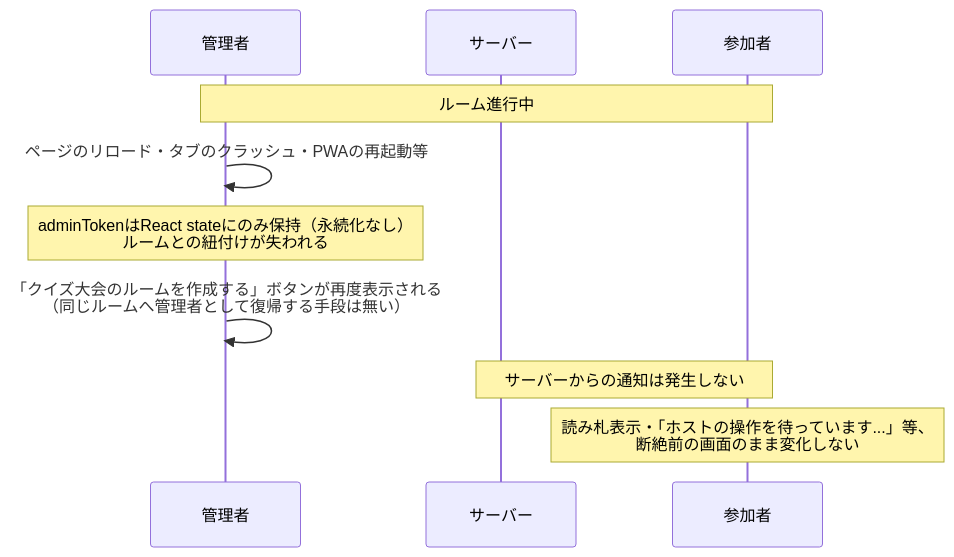
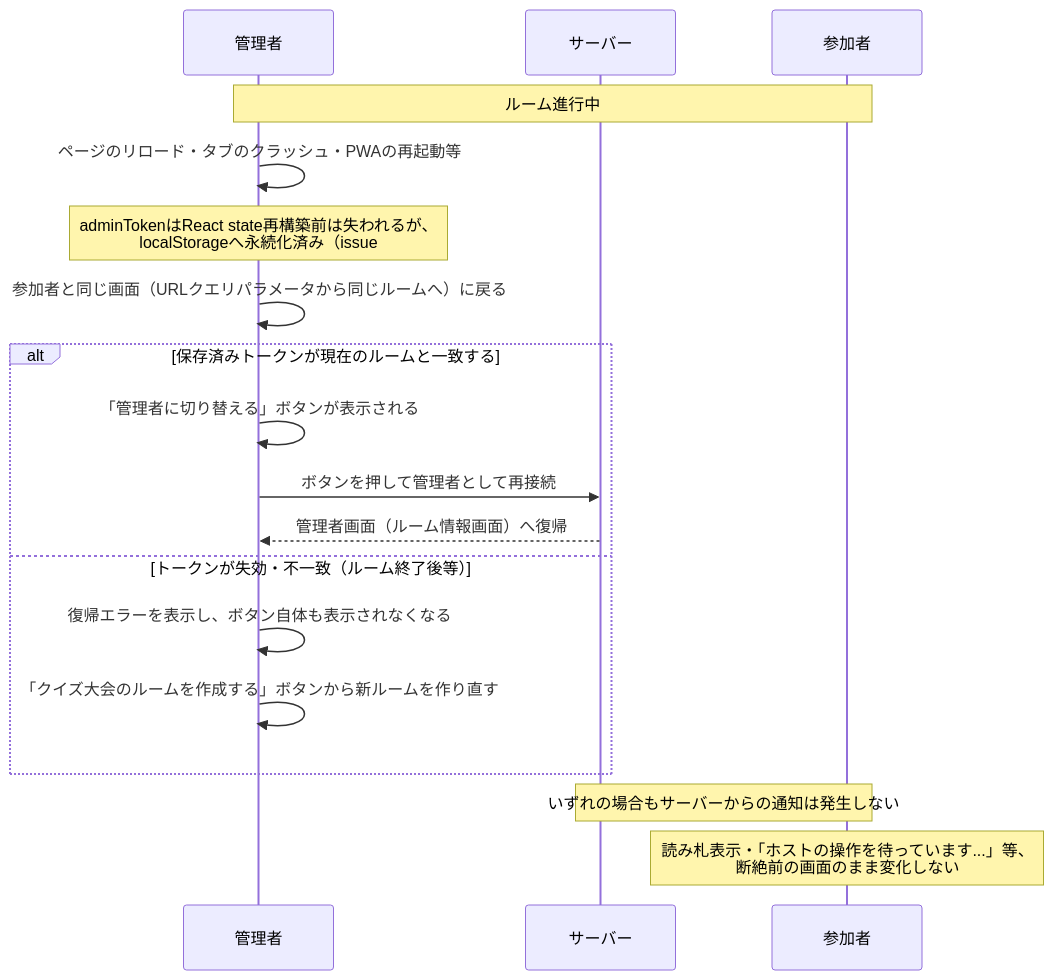
Before and after one commit to bamiyanapp/karuta: the second of 2 diagrams in docs/quiz-room-operations.md, drawn with Mermaid. The commit also changed other lines of this file, not shown here.

Commit message:
docs(quiz-room): 管理者セッション断の説明を現状の挙動に合わせて修正する
mermaid化の過程で、issue #697（管理者セッション復帰）の実装前の
古い記述（「同じルームへ管理者として復帰する手段は無い」）が
そのまま残っていたことに気づいた。現在はadminTokenがlocalStorageへ
永続化され、「管理者に切り替える」ボタンから同じルームへ復帰できる。
この正確な挙動へ記述を更新する。

テスト:
- textlintでエラー0件を確認

Claude-Session: https://claude.ai/code/session_01Ub4mHTcNX1tEvrR1fXXgdX

````diff
--- a/docs/quiz-room-operations.md
+++ b/docs/quiz-room-operations.md
@@ -39,13 +39,21 @@
 ```mermaid
 sequenceDiagram
     participant Admin as 管理者
     participant Server as サーバー
     participant Player as 参加者
 
     Note over Admin,Player: ルーム進行中
     Admin->>Admin: ページのリロード・タブのクラッシュ・PWAの再起動等
-    Note over Admin: adminTokenはReact stateにのみ保持（永続化なし）<br/>ルームとの紐付けが失われる
-    Admin->>Admin: 「クイズ大会のルームを作成する」ボタンが再度表示される<br/>（同じルームへ管理者として復帰する手段は無い）
-    Note over Server,Player: サーバーからの通知は発生しない
+    Note over Admin: adminTokenはReact state再構築前は失われるが、<br/>localStorageへ永続化済み（issue #697）
+    Admin->>Admin: 参加者と同じ画面（URLクエリパラメータから同じルームへ）に戻る
+    alt 保存済みトークンが現在のルームと一致する
+        Admin->>Admin: 「管理者に切り替える」ボタンが表示される
+        Admin->>Server: ボタンを押して管理者として再接続
+        Server-->>Admin: 管理者画面（ルーム情報画面）へ復帰
+    else トークンが失効・不一致（ルーム終了後等）
+        Admin->>Admin: 復帰エラーを表示し、ボタン自体も表示されなくなる
+        Admin->>Admin: 「クイズ大会のルームを作成する」ボタンから新ルームを作り直す
+    end
+    Note over Server,Player: いずれの場合もサーバーからの通知は発生しない
     Note over Player: 読み札表示・「ホストの操作を待っています...」等、<br/>断絶前の画面のまま変化しない
 ```
````
